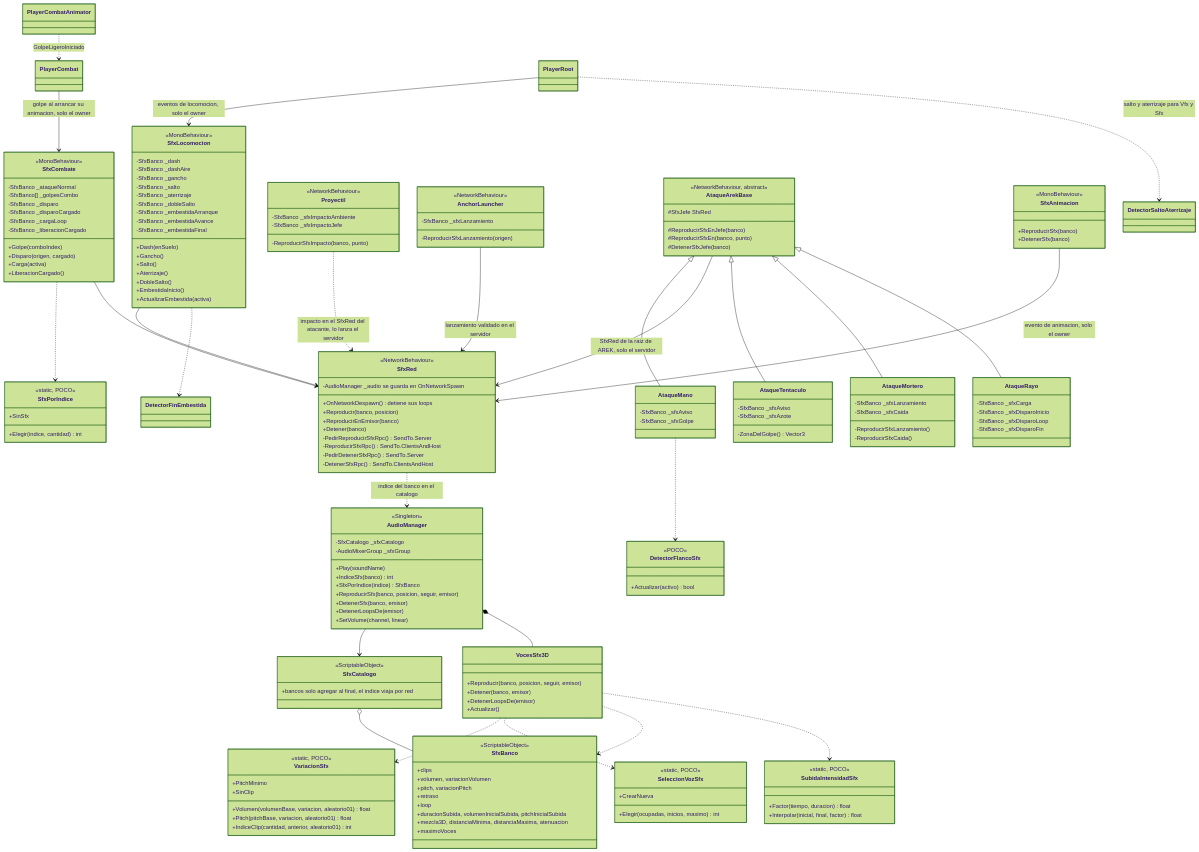
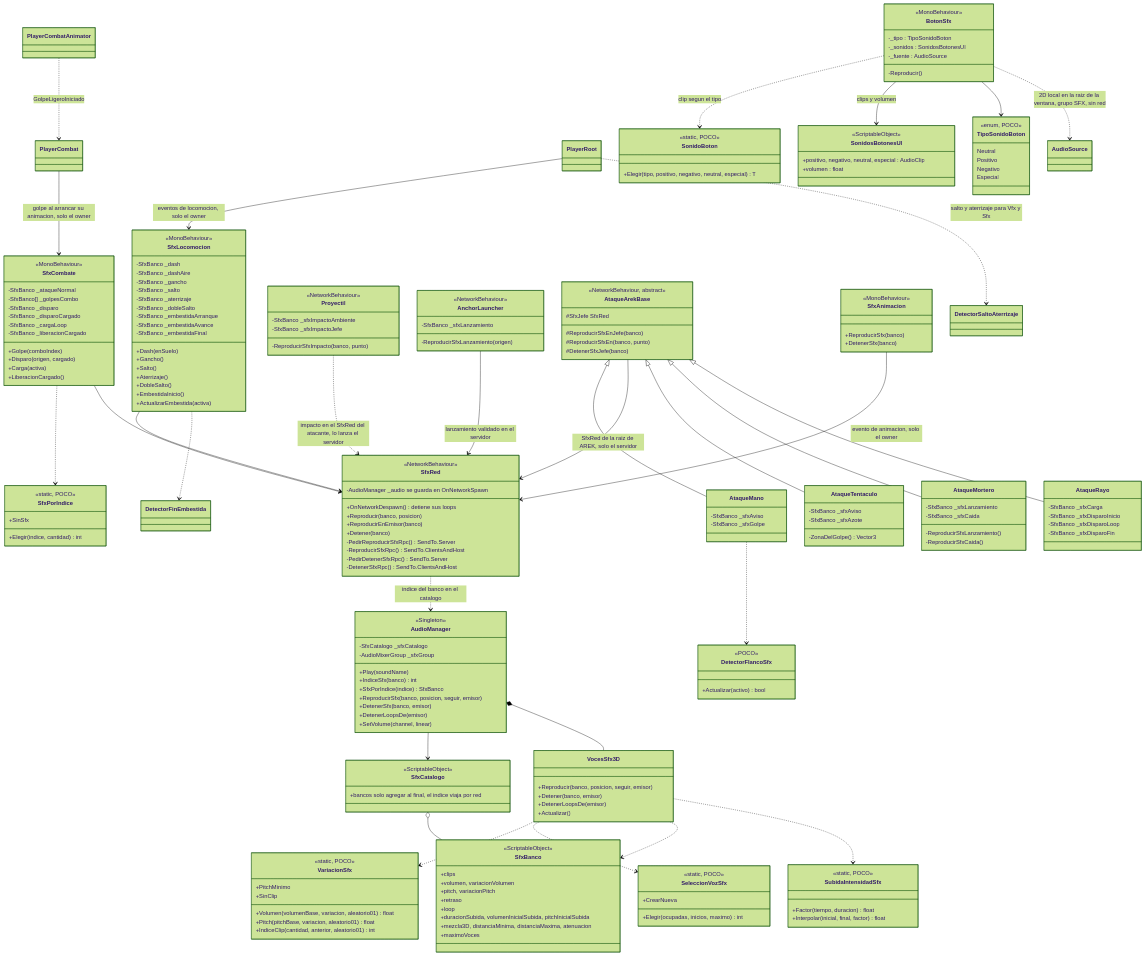
One commit to VicBojoDev10/DeathOfMeaningRepo changed the diagram in docs/diagrams/audio.mermaid. Above: the diagram before and after it, drawn with Mermaid (forest theme).

Commit message:
doc: add the ui button sounds to the audio diagram

```diff
--- a/docs/diagrams/audio.mermaid
+++ b/docs/diagrams/audio.mermaid
@@ -192,3 +192,31 @@
     AtaqueArekBase <|-- AtaqueMortero
     AtaqueArekBase <|-- AtaqueRayo
     PlayerRoot ..> DetectorSaltoAterrizaje : salto y aterrizaje para Vfx y Sfx
+    class TipoSonidoBoton {
+        <<enum, POCO>>
+        Neutral
+        Positivo
+        Negativo
+        Especial
+    }
+    class SonidoBoton {
+        <<static, POCO>>
+        +Elegir(tipo, positivo, negativo, neutral, especial) T
+    }
+    class SonidosBotonesUI {
+        <<ScriptableObject>>
+        +positivo, negativo, neutral, especial : AudioClip
+        +volumen : float
+    }
+    class BotonSfx {
+        <<MonoBehaviour>>
+        -_tipo : TipoSonidoBoton
+        -_sonidos : SonidosBotonesUI
+        -_fuente : AudioSource
+        -Reproducir()
+    }
+
+    BotonSfx ..> SonidoBoton : clip segun el tipo
+    BotonSfx --> SonidosBotonesUI : clips y volumen
+    BotonSfx --> TipoSonidoBoton
+    BotonSfx ..> AudioSource : 2D local en la raiz de la ventana, grupo SFX, sin red
```
